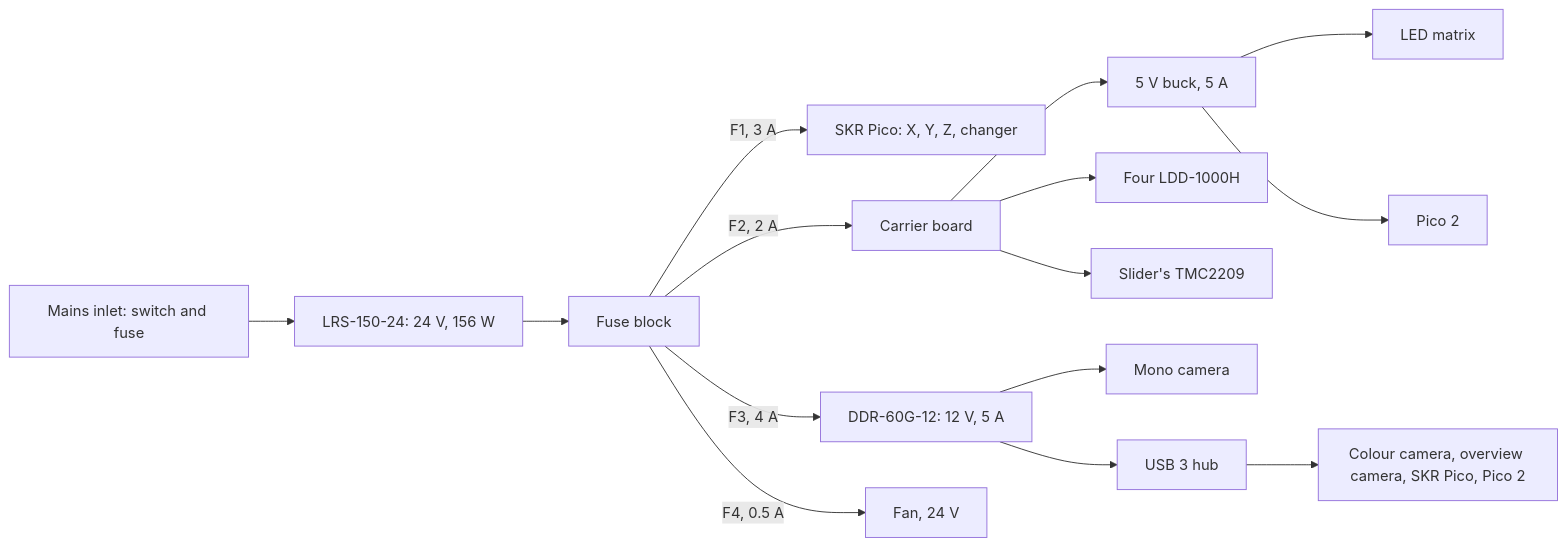
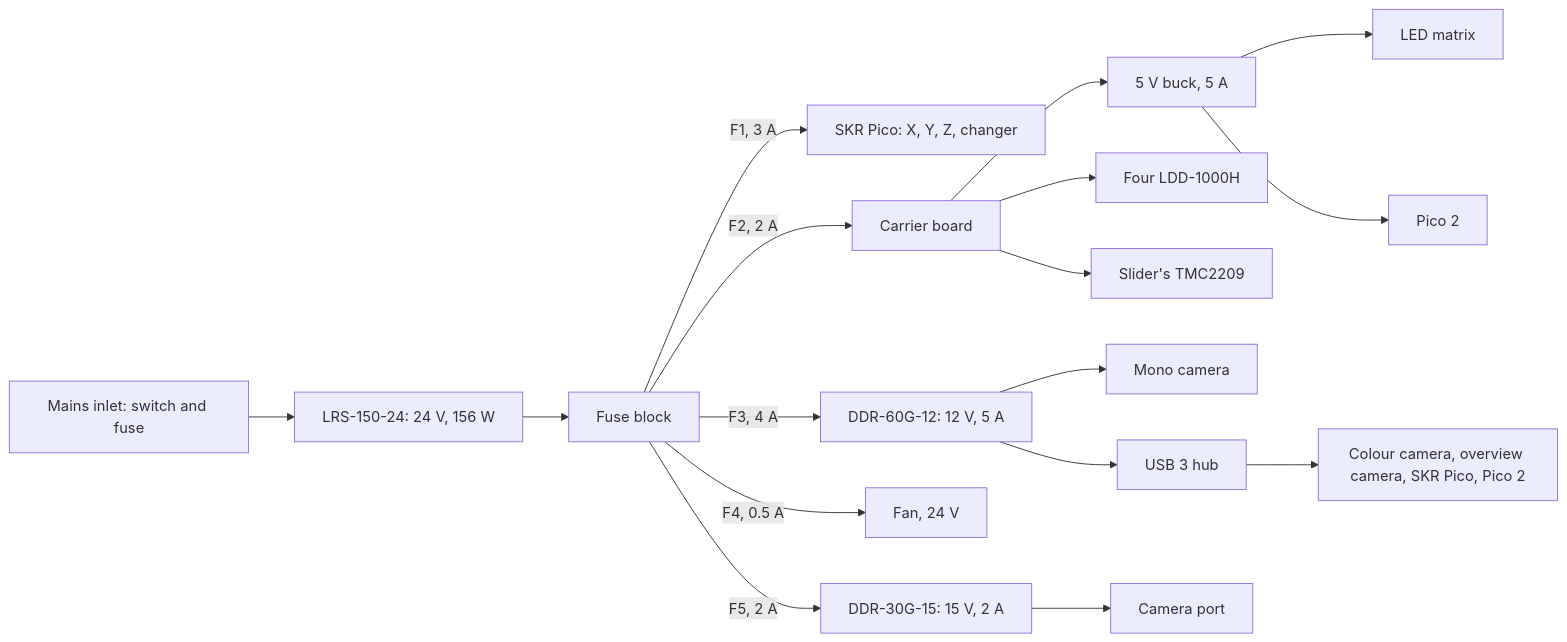
One commit to lucaswewa/microscope changed the first of 2 diagrams in docs/misc/optima_electrical_design.md. Above: the diagram before and after it, drawn with Mermaid. The commit also changed other lines of this file and 29 other files, not shown here.

````diff
--- a/docs/misc/optima_electrical_design.md
+++ b/docs/misc/optima_electrical_design.md
@@ -24,17 +25,19 @@
 ```mermaid
 flowchart LR
     IN[Mains inlet: switch and fuse] --> PSU[LRS-150-24: 24 V, 156 W]
     PSU --> FB[Fuse block]
     FB -- F1, 3 A --> SKR[SKR Pico: X, Y, Z, changer]
     FB -- F2, 2 A --> CB[Carrier board]
     FB -- F3, 4 A --> DC12[DDR-60G-12: 12 V, 5 A]
     FB -- F4, 0.5 A --> FAN[Fan, 24 V]
+    FB -- F5, 2 A --> DC15[DDR-30G-15: 15 V, 2 A]
     CB --> BUCK[5 V buck, 5 A]
     CB --> LDD[Four LDD-1000H]
     CB --> TMC[Slider's TMC2209]
     BUCK --> MATRIX[LED matrix]
     BUCK --> PICO[Pico 2]
     DC12 --> TEC[Mono camera]
     DC12 --> HUB[USB 3 hub]
+    DC15 --> PORT[Camera port]
     HUB --> USB[Colour camera, overview camera, SKR Pico, Pico 2]
 ```
````
